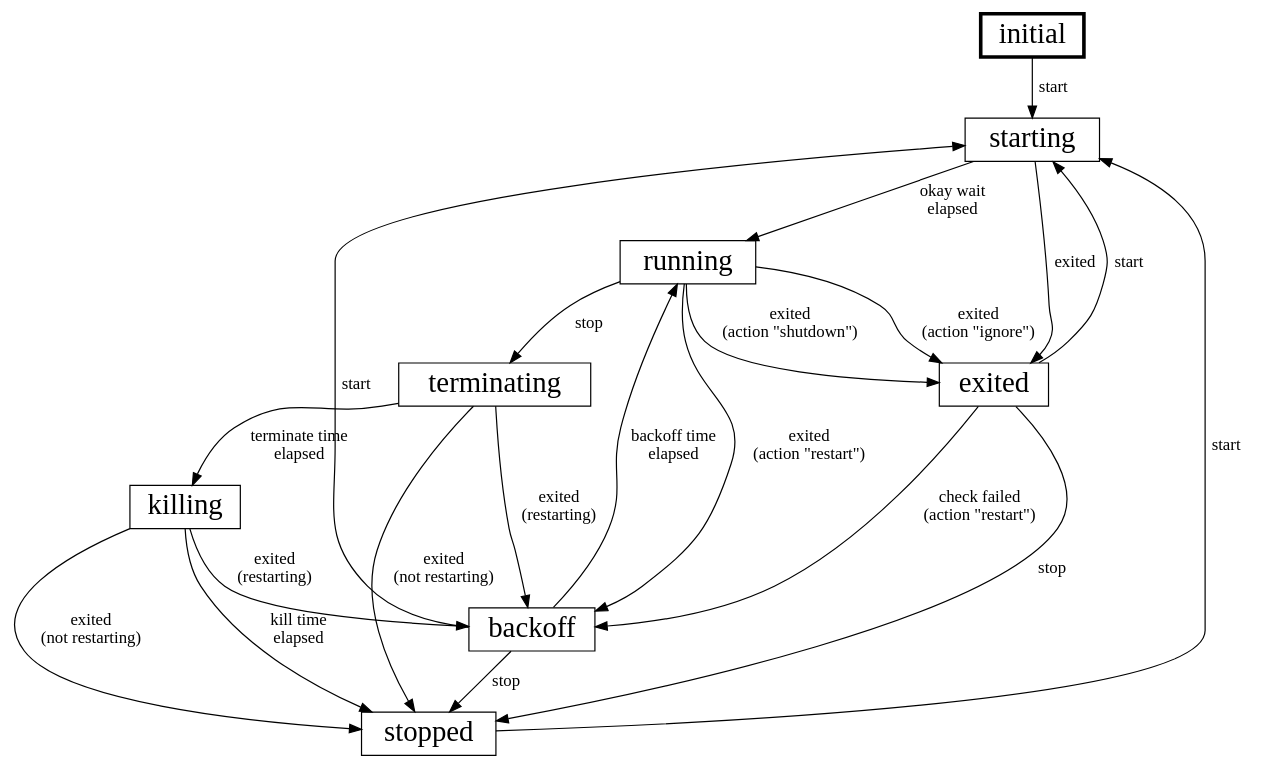
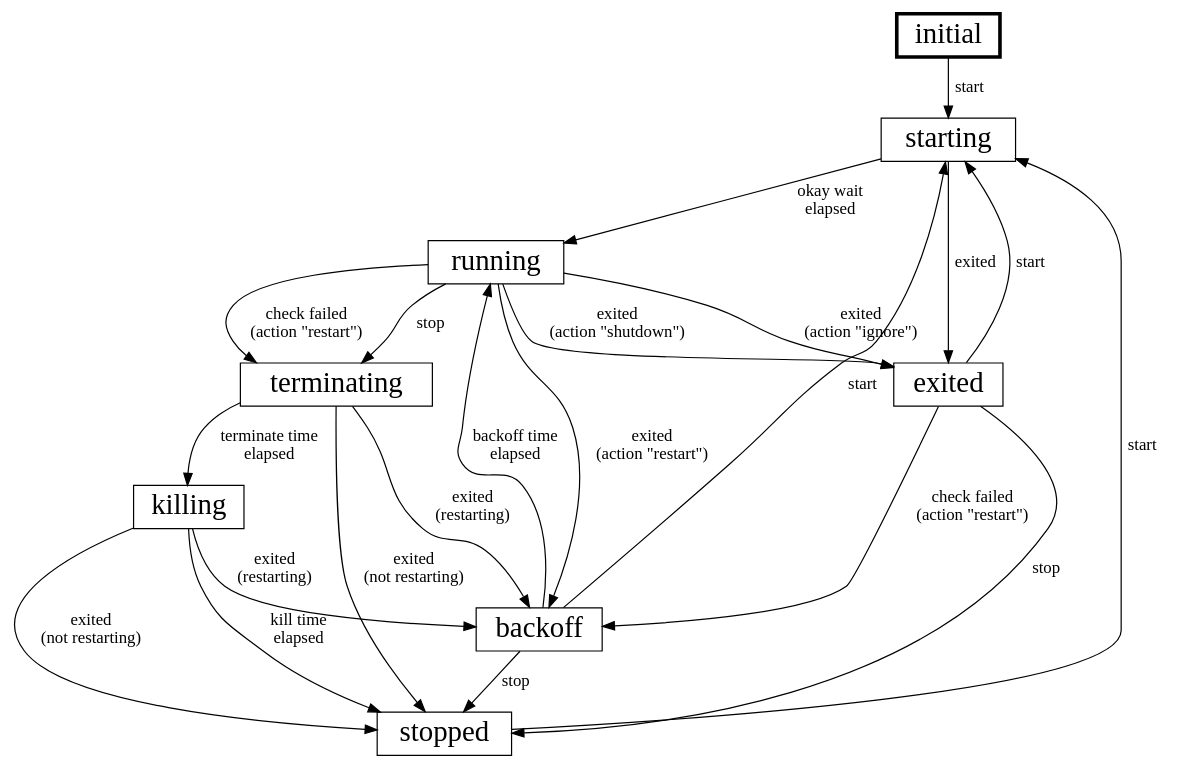
Before and after one commit to canonical/pebble: the diagram in internal/overlord/servstate/state-diagram.dot, drawn with Graphviz. The commit also changed 1 other file, not shown here.

Commit message:
Add missing state transition to state diagram

```diff
--- a/internal/overlord/servstate/state-diagram.dot
+++ b/internal/overlord/servstate/state-diagram.dot
@@ -1,24 +1,25 @@
 # Create SVG with the following graphviz command:
 #
 # dot -Tsvg internal/overlord/servstate/state-diagram.dot -o ./internal/overlord/servstate/state-diagram.svg
 
 digraph service_state_machine {
     node [penwidth=3 shape=box fontsize=24] initial
     node [penwidth=1]
     initial -> starting [label="start"]
     starting -> running [label="okay wait\nelapsed"]
     running -> terminating [label="stop"]
+    running -> terminating [label="check failed\n(action \"restart\")"]
     terminating -> killing [label="terminate time\nelapsed"]
     {terminating, killing} -> stopped [label="exited\n(not restarting)"]
     {terminating, killing} -> backoff [label="exited\n(restarting)"]
     exited -> stopped [label="stop"]
     starting -> exited [label="exited"]
     {backoff, stopped, exited} -> starting [label="start"]
     running -> exited [label="exited\n(action \"ignore\")"]
     running -> exited [label="exited\n(action \"shutdown\")"]
     running -> backoff [label="exited\n(action \"restart\")"]
     backoff -> stopped [label="stop"]
     backoff -> running [label="backoff time\nelapsed"]
     killing -> stopped [label="kill time\nelapsed"]
     exited -> backoff [label="check failed\n(action \"restart\")"]
 }
```
